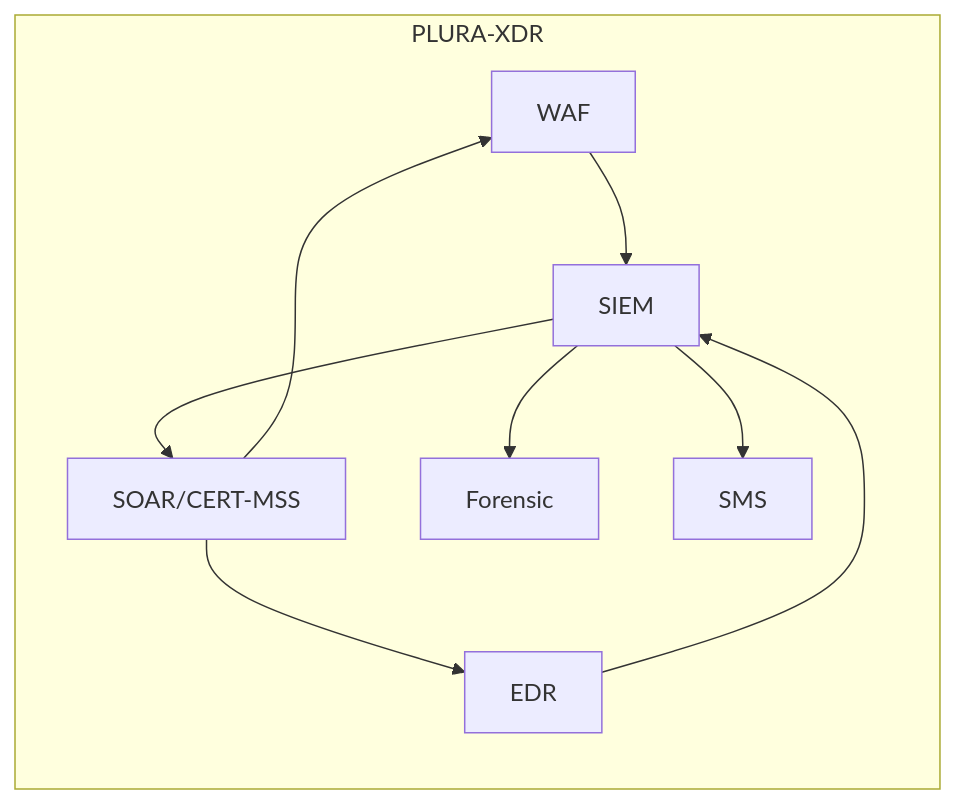
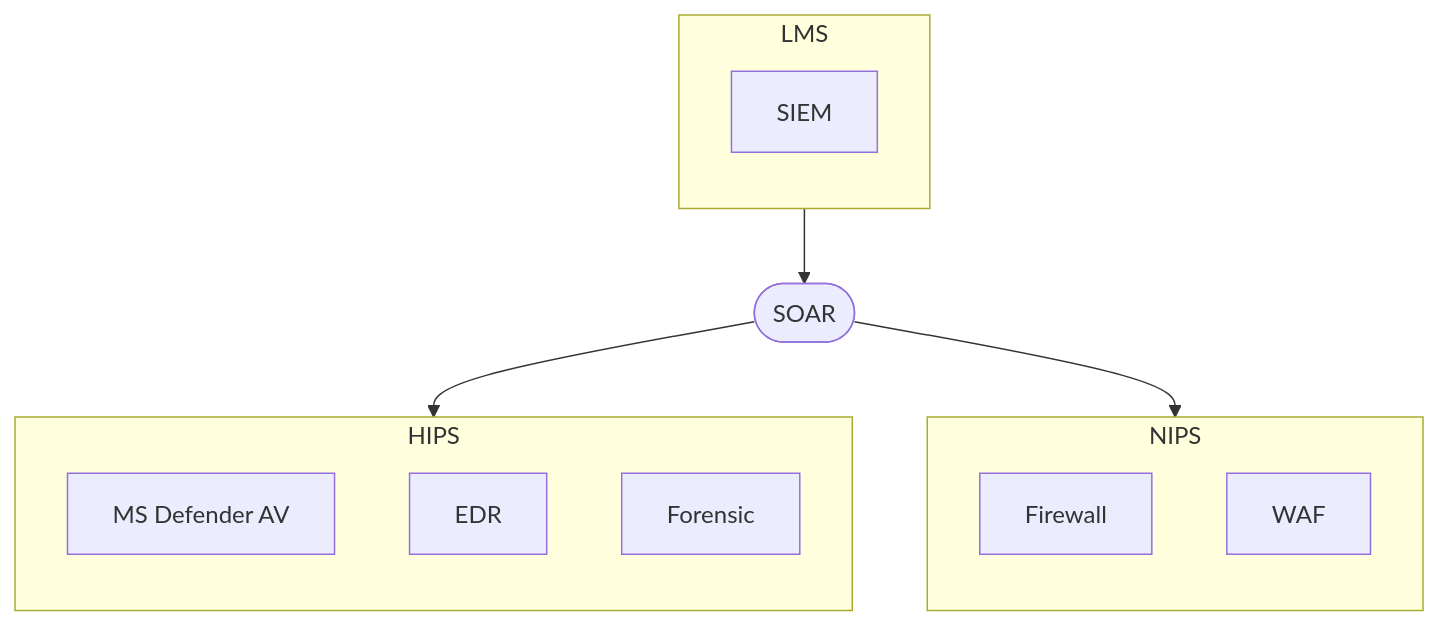
One commit to qubitsec/plura changed the first of 2 diagrams in xdr/ko/welecome.md. Above: the diagram before and after it, drawn with Mermaid.

````diff
--- a/xdr/ko/welecome.md
+++ b/xdr/ko/welecome.md
@@ -43,12 +43,29 @@
 ```mermaid
-flowchart LR
-  subgraph PLURA-XDR
-    WAF[WAF] --> SIEM[SIEM]
-    EDR[EDR] --> SIEM
-    SIEM --> SOAR[SOAR/CERT-MSS]
-    SOAR --> WAF
-    SOAR --> EDR
-    SIEM --> Forensic[Forensic]
-    SIEM --> SMS[SMS]
+flowchart TB
+  %% 상단 3개 그룹
+  subgraph NIPS
+    direction TB
+    FW[Firewall]
+    WAF[WAF]
   end
+
+  subgraph LMS
+    direction TB
+    SIEM[SIEM]
+  end
+
+  subgraph HIPS
+    direction TB
+    AV[MS Defender AV]
+    EDR[EDR]
+    Forensic[Forensic]
+  end
+
+  %% SOAR 중앙 배치
+  SOAR([SOAR])
+
+  %% 연결 관계
+  SOAR --> WAF
+  SIEM --> SOAR
+  SOAR --> Forensic
 ```
````
